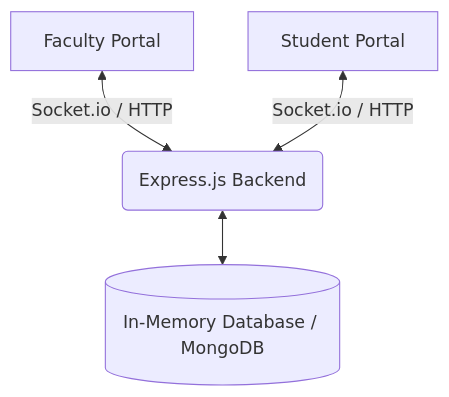
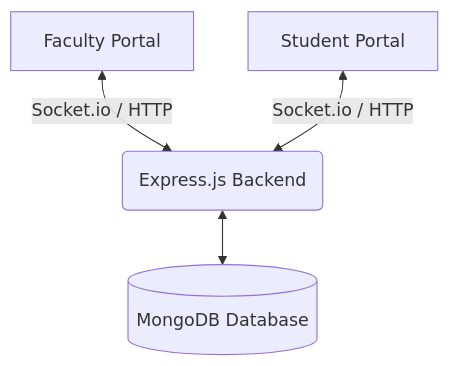
Before and after one commit to Aditisingh0102/yourCONTEST: the first of 2 diagrams in README.md, drawn with Mermaid. The commit also changed other lines of this file, not shown here.

````diff
--- a/README.md
+++ b/README.md
@@ -23,6 +24,6 @@
 ```mermaid
 graph TD
     A[Faculty Portal] <-->|Socket.io / HTTP| B(Express.js Backend)
     C[Student Portal] <-->|Socket.io / HTTP| B
-    B <--> D[(In-Memory Database / MongoDB)]
+    B <--> D[(MongoDB Database)]
 ```
````
